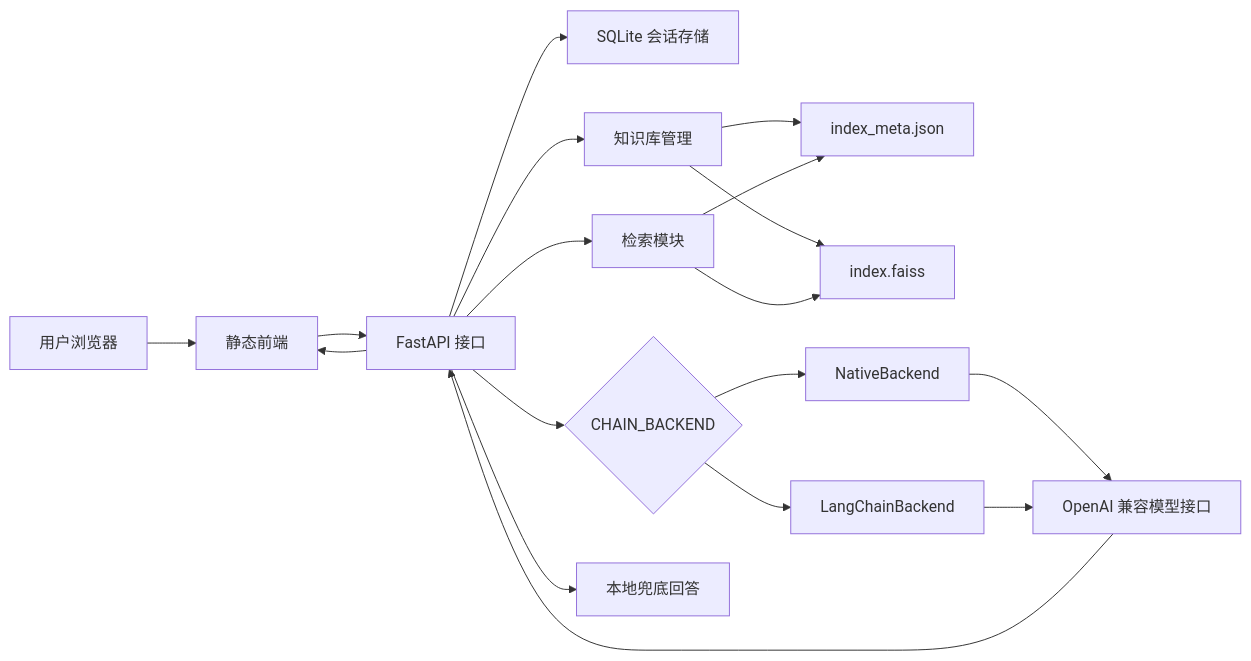
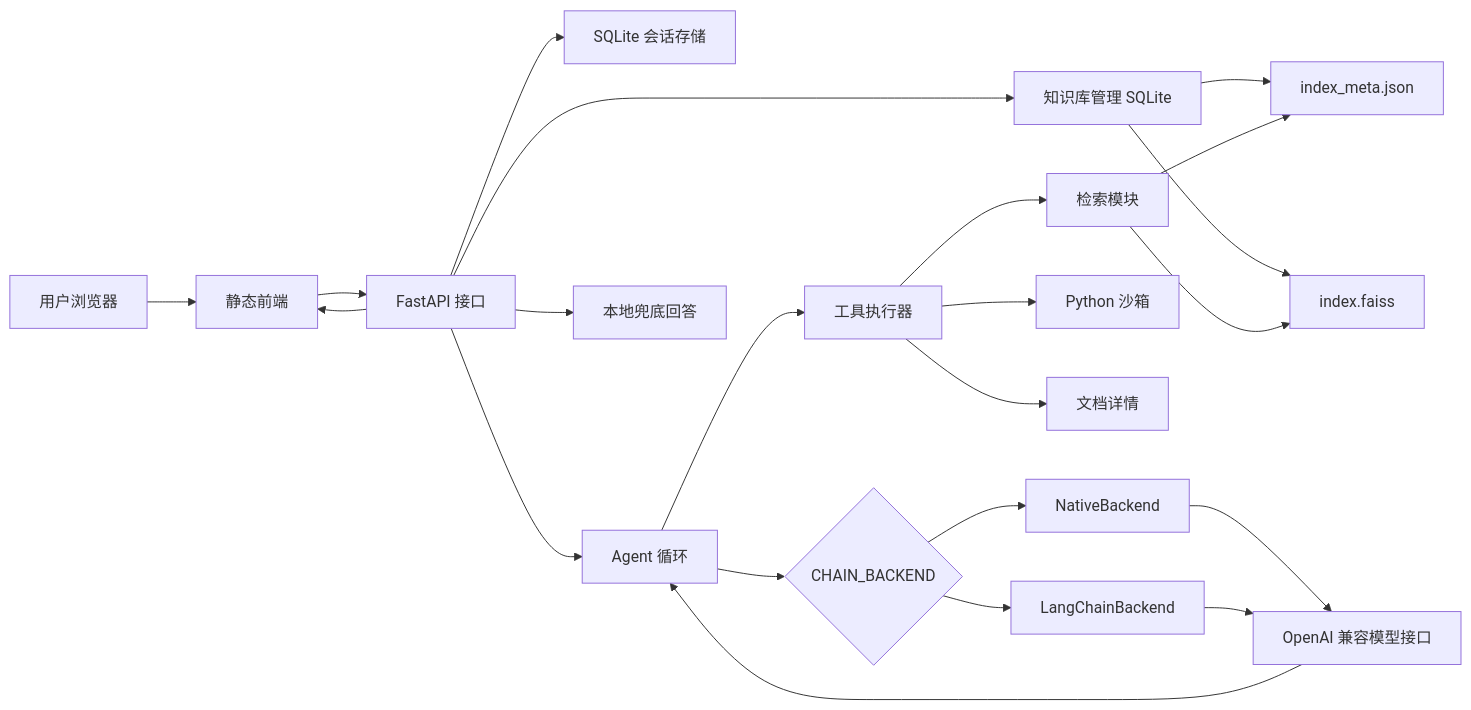
One commit to zgp0406/algoguide-agent changed the diagram in README.md. Above: the diagram before and after it, drawn with Mermaid. The commit also changed other lines of this file and 30 other files, not shown here.

Commit message:
v0.2.0: Agent mode, SQLite migration, frontend modularization, 62 tests passing

````diff
--- a/README.md
+++ b/README.md
@@ -34,20 +40,24 @@
 ```mermaid
 flowchart LR
   U[用户浏览器] --> F[静态前端]
   F --> A[FastAPI 接口]
   A --> S[SQLite 会话存储]
-  A --> K[知识库管理]
+  A --> K[知识库管理 SQLite]
   K --> M[index_meta.json]
   K --> V[index.faiss]
-  A --> R[检索模块]
+  A --> AL[Agent 循环]
+  AL --> T[工具执行器]
+  T --> R[检索模块]
+  T --> PY[Python 沙箱]
+  T --> D[文档详情]
   R --> M
   R --> V
-  A --> C{CHAIN_BACKEND}
+  AL --> C{CHAIN_BACKEND}
   C --> N[NativeBackend]
   C --> L[LangChainBackend]
   N --> O[OpenAI 兼容模型接口]
   L --> O
-  O --> A
+  O --> AL
   A --> B[本地兜底回答]
   A --> F
 ```
````
